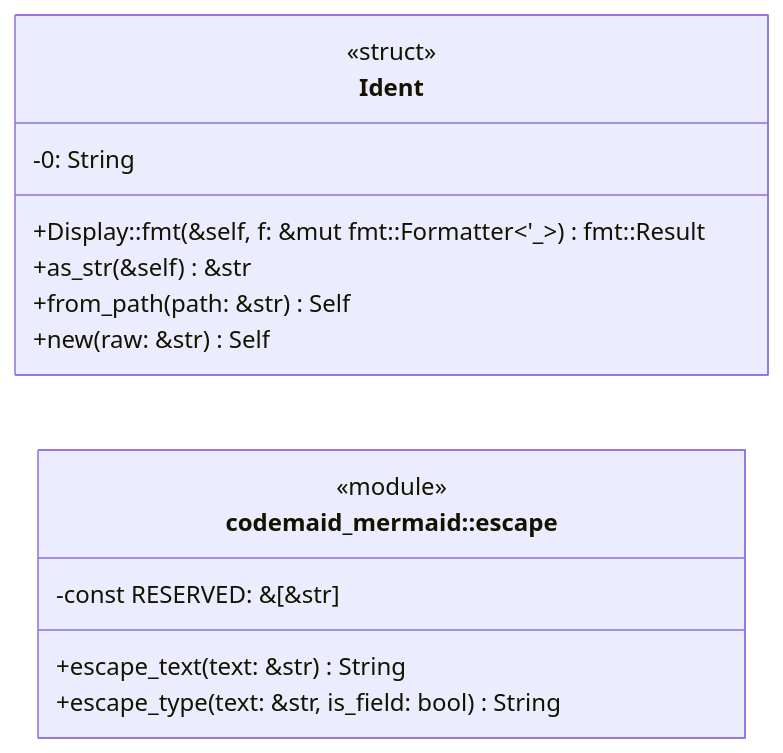
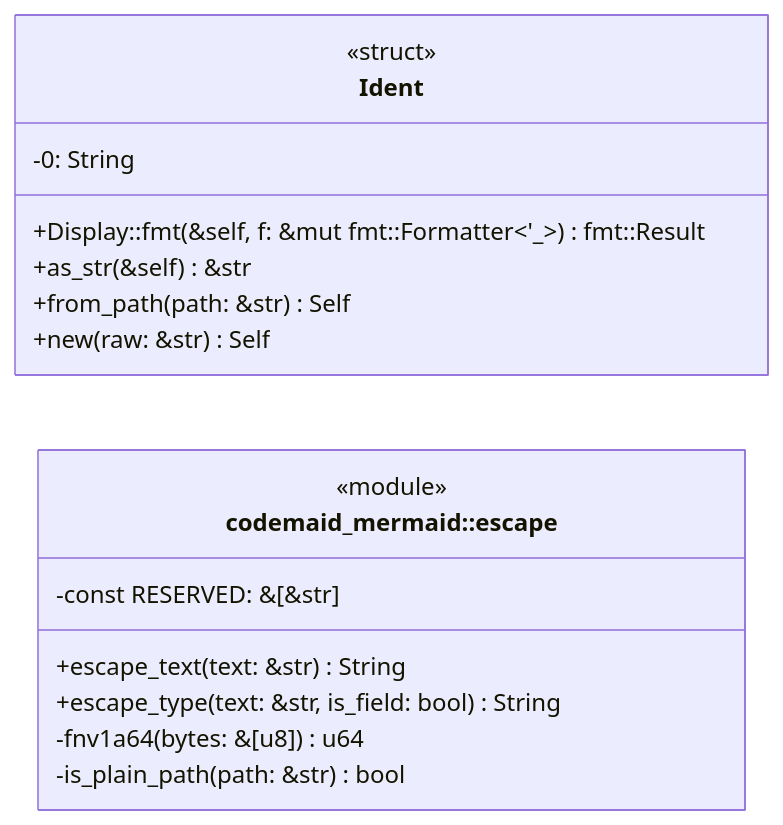
One commit to DreamLab-AI/codemaid changed the first of 3 diagrams in docs/codemaid/crates/codemaid-mermaid/src/escape.rs.md. Above: the diagram before and after it, drawn with Mermaid. The commit also changed other lines of this file and 29 other files, not shown here.

````diff
--- a/docs/codemaid/crates/codemaid-mermaid/src/escape.rs.md
+++ b/docs/codemaid/crates/codemaid-mermaid/src/escape.rs.md
@@ -13,18 +13,20 @@
 ```mermaid
 classDiagram
   direction LR
   class codemaid_mermaid__escape__Ident["Ident"] {
     <<struct>>
     -0: String
     +Display::fmt(&self, f: &mut fmt::Formatter#lt;'_#gt;) fmt::Result
     +as_str(&self) &str
     +from_path(path: &str) Self
     +new(raw: &str) Self
   }
   class codemaid_mermaid__escape["codemaid_mermaid::escape"] {
     <<module>>
     -const RESERVED: &[&str]
     +escape_text(text: &str) String
     +escape_type(text: &str, is_field: bool) String
+    -fnv1a64(bytes: &[u8]) u64
+    -is_plain_path(path: &str) bool
   }
 ```
````
